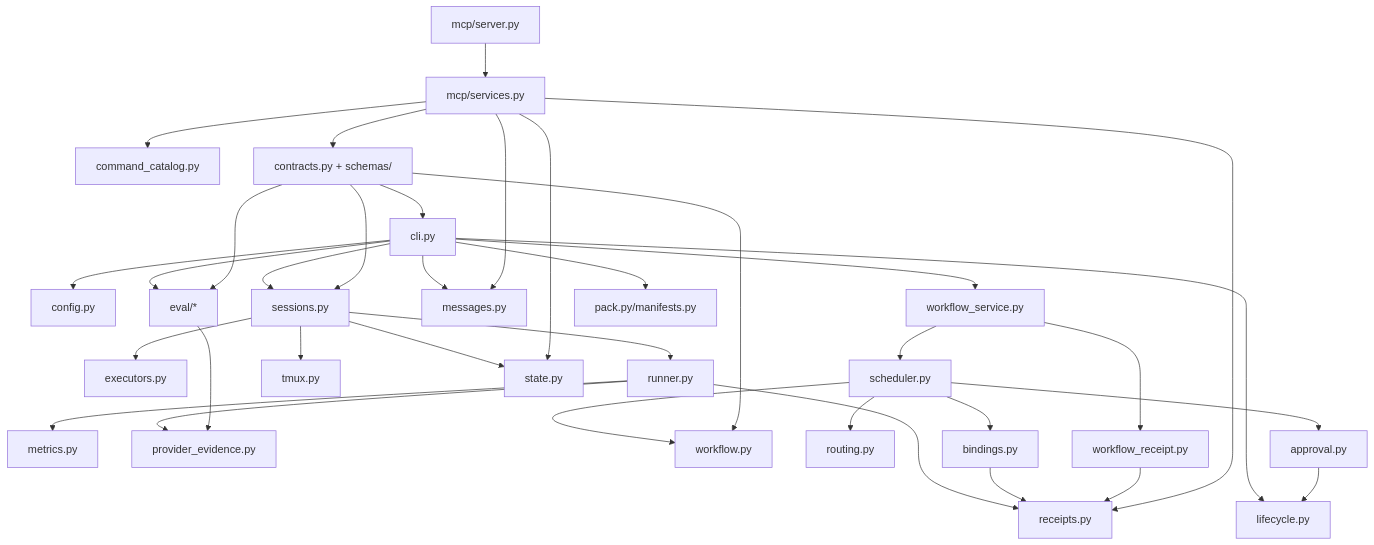
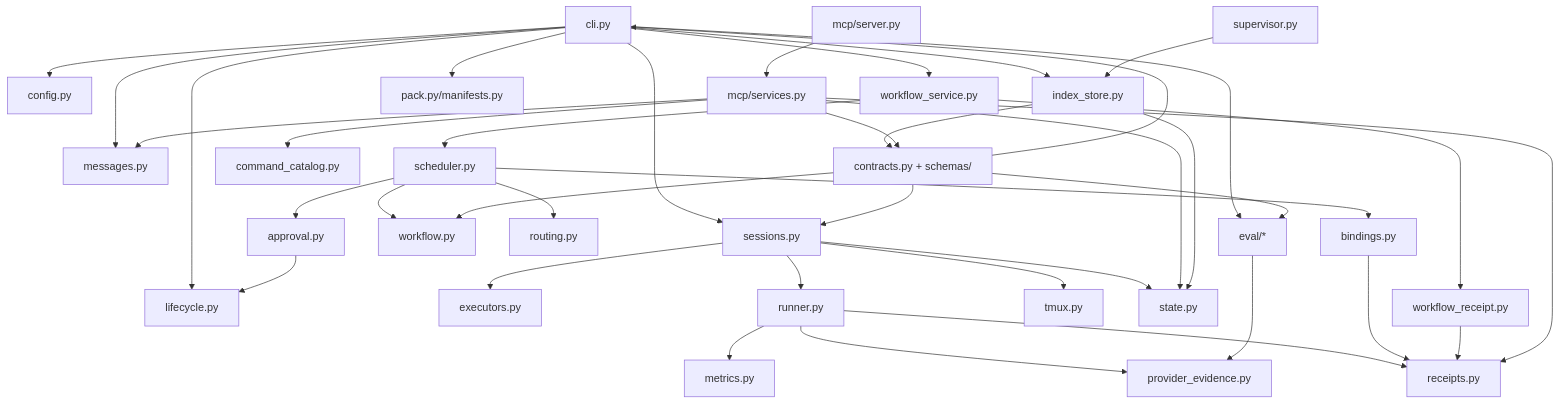
Before and after one commit to ngallodev-software/agent-workflow: the second of 29 diagrams in docs/diagrams/REPOSITORY_CHART_PACK.md, drawn with Mermaid. The commit also changed other lines of this file and 81 other files, not shown here.

````diff
--- a/docs/diagrams/REPOSITORY_CHART_PACK.md
+++ b/docs/diagrams/REPOSITORY_CHART_PACK.md
@@ -31,37 +34,41 @@
 ```mermaid
 flowchart TB
   cli[cli.py] --> config[config.py]
   cli --> sessions[sessions.py]
   cli --> workflow_service[workflow_service.py]
   cli --> lifecycle[lifecycle.py]
+  cli --> index_store[index_store.py]
   cli --> messages[messages.py]
   cli --> evalpkg[eval/*]
   cli --> pack[pack.py/manifests.py]
   sessions --> executors[executors.py]
   sessions --> runner[runner.py]
   sessions --> tmux[tmux.py]
   sessions --> state[state.py]
   runner --> metrics[metrics.py]
   runner --> provider[provider_evidence.py]
   runner --> receipts[receipts.py]
   workflow_service --> scheduler[scheduler.py]
   scheduler --> workflow[workflow.py]
   scheduler --> routing[routing.py]
   scheduler --> bindings[bindings.py]
   scheduler --> approval[approval.py]
   workflow_service --> wf_receipt[workflow_receipt.py]
   approval --> lifecycle
   bindings --> receipts
   wf_receipt --> receipts
   evalpkg --> provider
   mcp[mcp/server.py] --> mcp_services[mcp/services.py]
   mcp_services --> state
   mcp_services --> messages
   mcp_services --> receipts
   mcp_services --> command_catalog[command_catalog.py]
+  index_store --> state
+  index_store --> contracts
+  supervisor[supervisor.py] --> index_store
   mcp_services --> contracts
   contracts[contracts.py + schemas/] --> cli
   contracts --> sessions
   contracts --> workflow
   contracts --> evalpkg
 ```
````
